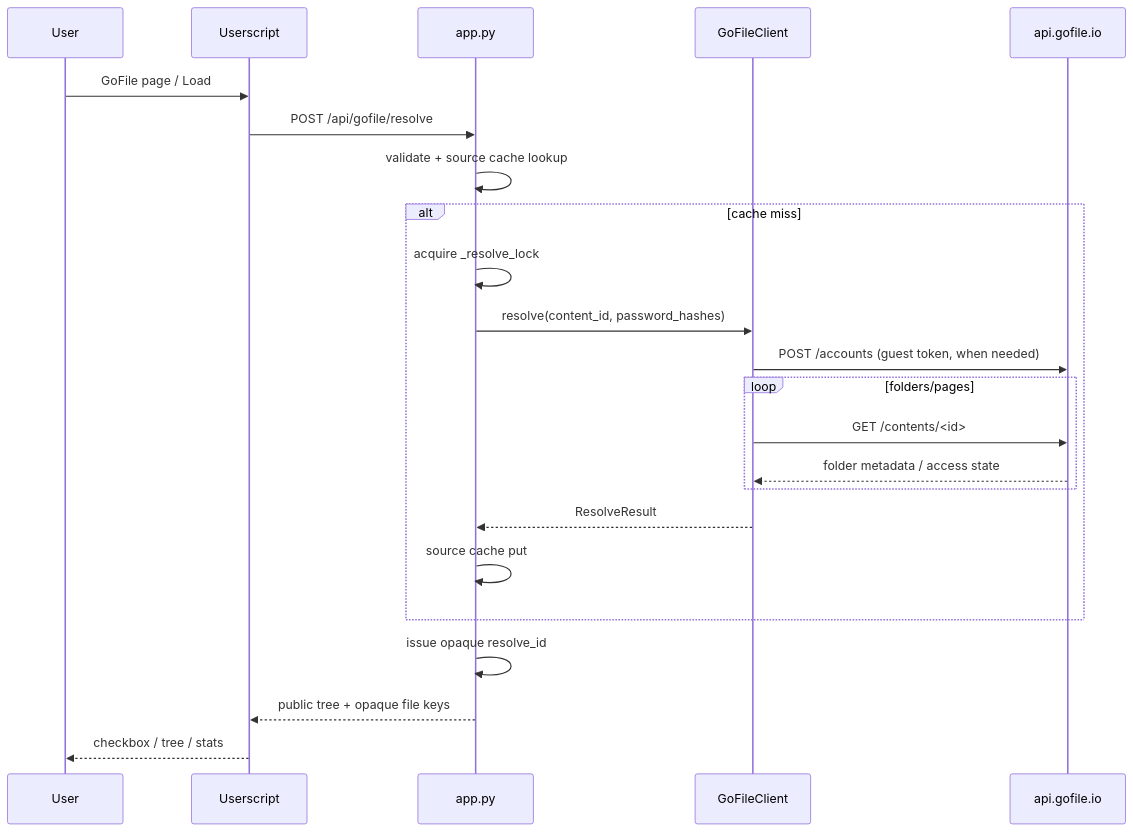
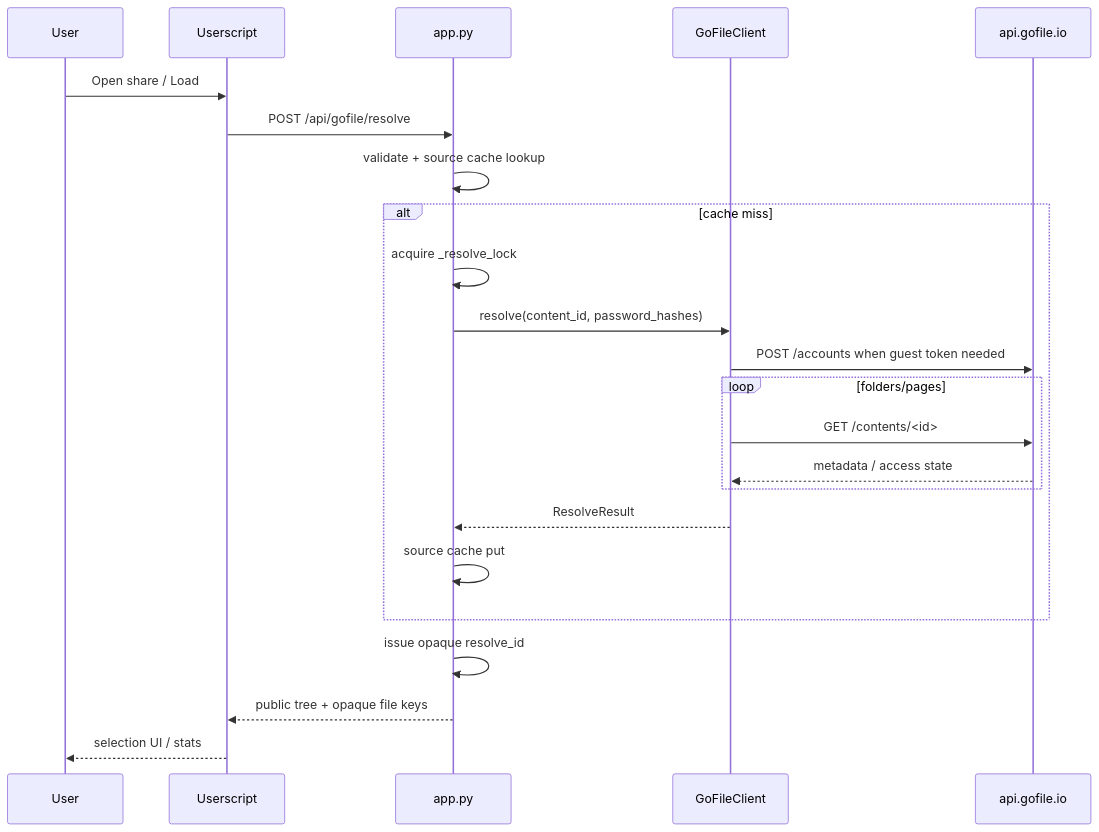
Before and after one commit to Hoyomaru/gofile-abdm-helper: the third of 5 diagrams in docs/ARCHITECTURE.md, drawn with Mermaid. The commit also changed other lines of this file, not shown here.

Commit message:
docs: align architecture guide with v1.0.0

````diff
--- a/docs/ARCHITECTURE.md
+++ b/docs/ARCHITECTURE.md
@@ -78,26 +78,26 @@
 ```mermaid
 sequenceDiagram
     participant U as User
     participant S as Userscript
     participant H as app.py
     participant G as GoFileClient
     participant A as api.gofile.io
 
-    U->>S: GoFile page / Load
+    U->>S: Open share / Load
     S->>H: POST /api/gofile/resolve
     H->>H: validate + source cache lookup
     alt cache miss
       H->>H: acquire _resolve_lock
       H->>G: resolve(content_id, password_hashes)
-      G->>A: POST /accounts (guest token, when needed)
+      G->>A: POST /accounts when guest token needed
       loop folders/pages
         G->>A: GET /contents/<id>
-        A-->>G: folder metadata / access state
+        A-->>G: metadata / access state
       end
       G-->>H: ResolveResult
       H->>H: source cache put
     end
     H->>H: issue opaque resolve_id
     H-->>S: public tree + opaque file keys
-    S-->>U: checkbox / tree / stats
+    S-->>U: selection UI / stats
 ```
````
